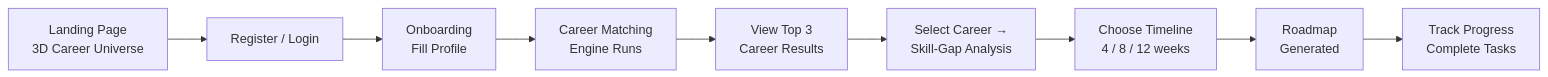
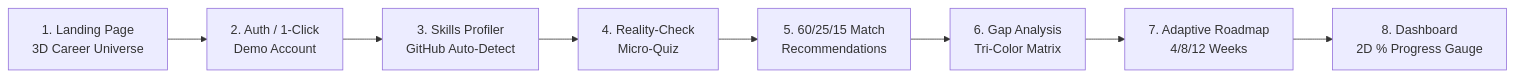
Before and after one commit to parthpatil1234p-svg/careerpath-ai: the first of 5 diagrams in docs/APP-FLOW.md, drawn with Mermaid. The commit also changed other lines of this file and 10 other files, not shown here.

````diff
--- a/docs/APP-FLOW.md
+++ b/docs/APP-FLOW.md
@@ -8,11 +11,10 @@
 ```mermaid
 flowchart LR
-    A[Landing Page<br/>3D Career Universe] --> B[Register / Login]
-    B --> C[Onboarding<br/>Fill Profile]
-    C --> D[Career Matching<br/>Engine Runs]
-    D --> E[View Top 3<br/>Career Results]
-    E --> F[Select Career →<br/>Skill-Gap Analysis]
-    F --> G[Choose Timeline<br/>4 / 8 / 12 weeks]
-    G --> H[Roadmap<br/>Generated]
-    H --> I[Track Progress<br/>Complete Tasks]
+    A[1. Landing Page<br/>3D Career Universe] --> B[2. Auth / 1-Click<br/>Demo Account]
+    B --> C[3. Skills Profiler<br/>GitHub Auto-Detect]
+    C --> D[4. Reality-Check<br/>Micro-Quiz]
+    D --> E[5. 60/25/15 Match<br/>Recommendations]
+    E --> F[6. Gap Analysis<br/>Tri-Color Matrix]
+    F --> G[7. Adaptive Roadmap<br/>4/8/12 Weeks]
+    G --> H[8. Dashboard<br/>2D % Progress Gauge]
 ```
````
